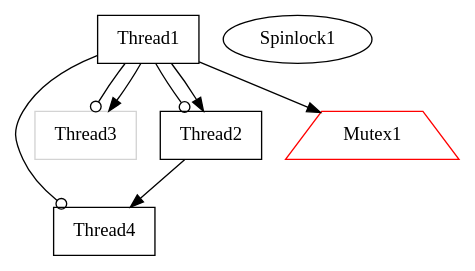
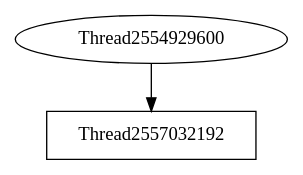
Before and after one commit to v4o6/cs410: the diagram in view/dot/graph010.dot, drawn with Graphviz. The commit also changed 214 other files, not shown here.

Commit message:
Switched parser.pl to parse libthreadtrace.log instead of temp log file. Changed graphviz output from PNG to SVG to get rid of pixelation.

```diff
--- a/view/dot/graph010.dot
+++ b/view/dot/graph010.dot
@@ -1,16 +1,5 @@
 digraph G {
-graph[center=1];
-Thread4 [shape=box,color=black];
-Spinlock1 [shape=ellipse,color=black];
-Thread3 [shape=box,color=lightgray];
-Thread1 [shape=box,color=black];
-Thread1 -> Thread2 [arrowhead=odot];
-Thread1 -> Thread3 [arrowhead=odot];
-Thread1 -> Thread4 [arrowhead=odot];
-Thread1 -> Thread3 [arrowhead=normal];
-Thread1 -> Mutex1 [arrowhead=normal,color=black];
-Thread1 -> Thread2 [arrowhead=normal];
-Mutex1 [shape=trapezium,color=red];
-Thread2 [shape=box,color=black];
-Thread2 -> Thread4 [arrowhead=normal];
+graph[center=true];
+Thread2554929600 -> Thread2557032192 [arrowhead=normal];
+Thread2557032192 [shape=box,color=black];
 }
```
